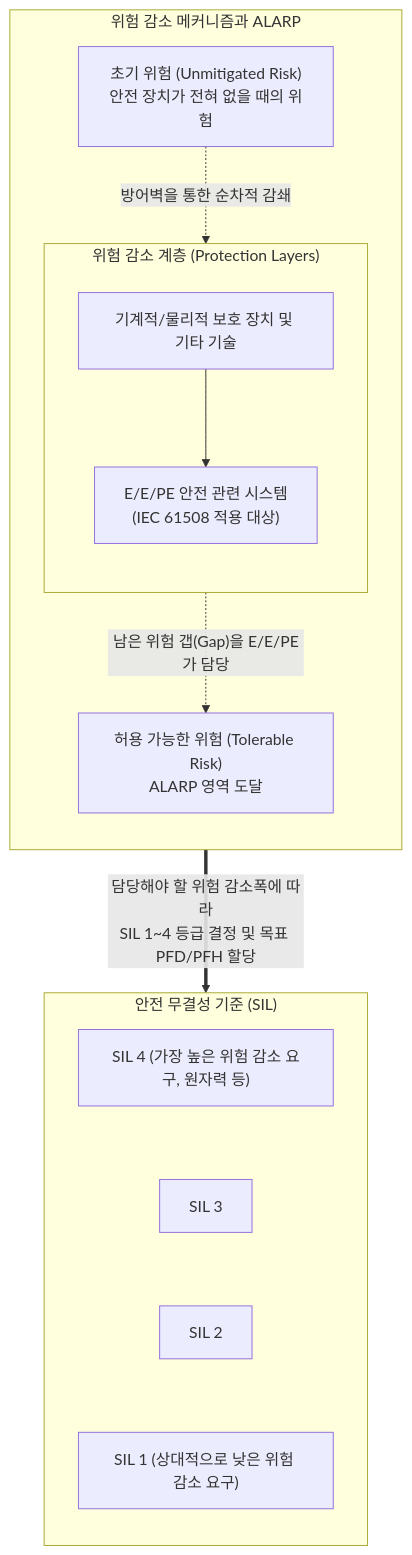
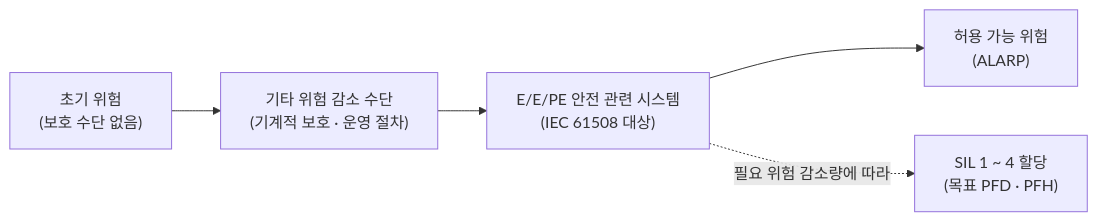
One commit to supremethumb/supremethumb.github.io changed the diagram in content/01_IT Tech/IEC 61508.md. Above: the diagram before and after it, drawn with Mermaid. The commit also changed other lines of this file and 1087 other files, not shown here.

````diff
--- a/content/01_IT Tech/IEC 61508.md
+++ b/content/01_IT Tech/IEC 61508.md
@@ -29,31 +35,7 @@
 ```mermaid
-flowchart TD
-    subgraph Risk_Model ["위험 감소 메커니즘과 ALARP"]
-        direction TB
-        Init["초기 위험 (Unmitigated Risk)<br/>안전 장치가 전혀 없을 때의 위험"]
-        
-        subgraph Mitigation ["위험 감소 계층 (Protection Layers)"]
-            direction TB
-            NonEEPE["기계적/물리적 보호 장치 및 기타 기술"]
-            EEPES["E/E/PE 안전 관련 시스템<br/>(IEC 61508 적용 대상)"]
-            NonEEPE --> EEPES
-        end
-        
-        Tolerable["허용 가능한 위험 (Tolerable Risk)<br/>ALARP 영역 도달"]
-        
-        Init -. "방어벽을 통한 순차적 감쇄" .-> Mitigation
-        Mitigation -. "남은 위험 갭(Gap)을 E/E/PE가 담당" .-> Tolerable
-    end
-    
-    subgraph SIL_Level ["안전 무결성 기준 (SIL)"]
-        direction TB
-        S4["SIL 4 (가장 높은 위험 감소 요구, 원자력 등)"]
-        S3["SIL 3"]
-        S2["SIL 2"]
-        S1["SIL 1 (상대적으로 낮은 위험 감소 요구)"]
-        S4 ~~~ S3 ~~~ S2 ~~~ S1
-    end
-    
-    EEPES ==>|"담당해야 할 위험 감소폭에 따라<br/>SIL 1~4 등급 결정 및 목표 PFD/PFH 할당"| SIL_Level
-
+flowchart LR
+    Init["초기 위험<br/>(보호 수단 없음)"] --> Other["기타 위험 감소 수단<br/>(기계적 보호 · 운영 절차)"]
+    Other --> EEPE["E/E/PE 안전 관련 시스템<br/>(IEC 61508 대상)"]
+    EEPE --> Tol["허용 가능 위험<br/>(ALARP)"]
+    EEPE -.->|"필요 위험 감소량에 따라"| SIL["SIL 1 ~ 4 할당<br/>(목표 PFD · PFH)"]
 ```
````
